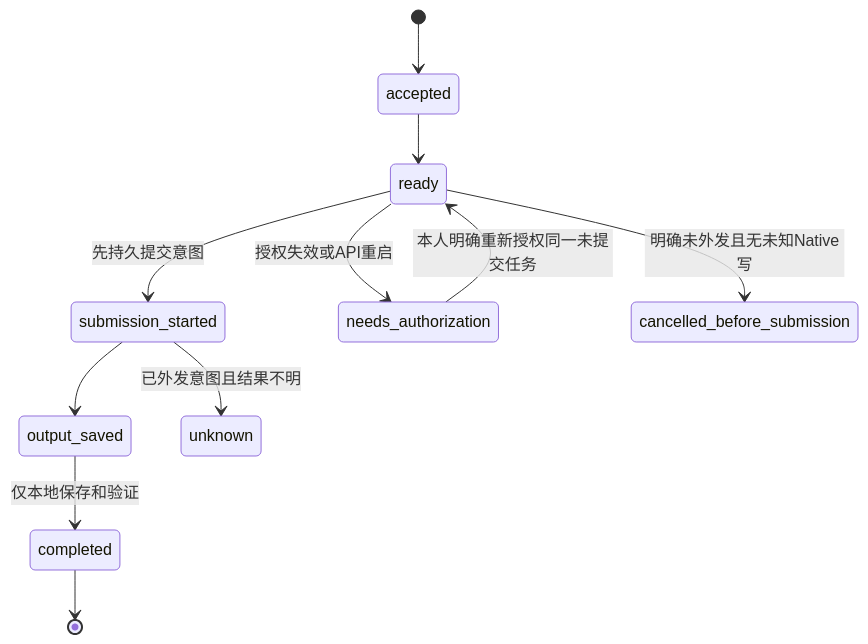
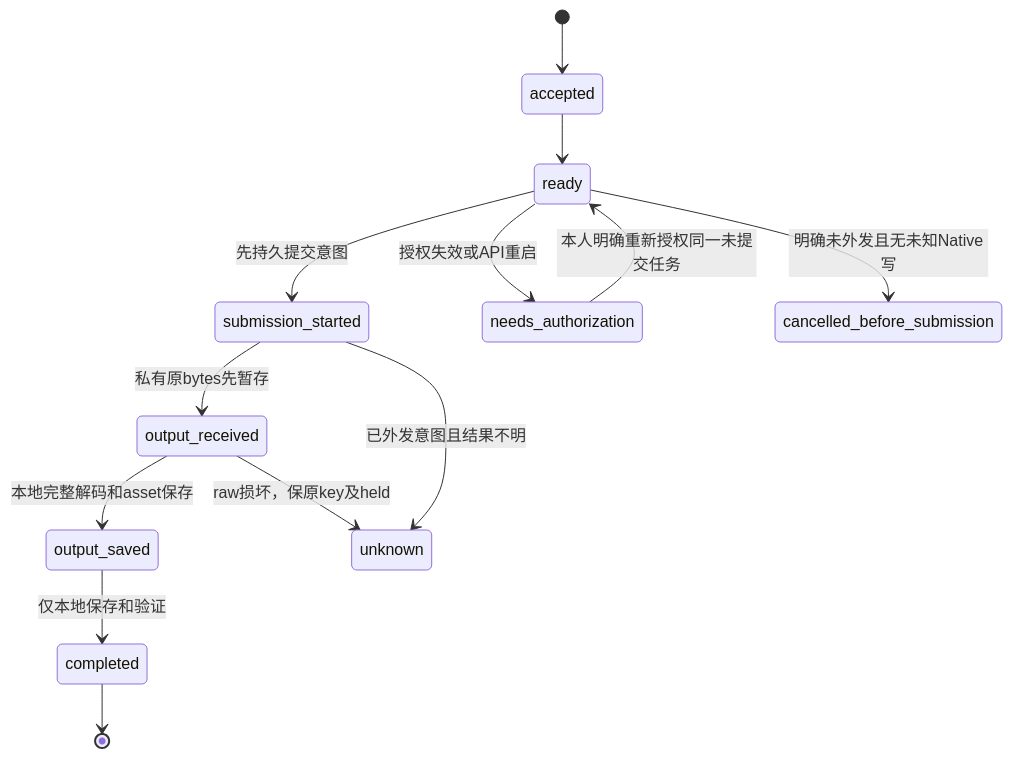
One commit to zhs1234/gouo-canvas changed the diagram in docs/v2/B3-JOBS.md. Above: the diagram before and after it, drawn with Mermaid. The commit also changed other lines of this file and 9 other files, not shown here.

````diff
--- a/docs/v2/B3-JOBS.md
+++ b/docs/v2/B3-JOBS.md
@@ -37,13 +39,15 @@
 ```mermaid
 stateDiagram-v2
     [*] --> accepted
     accepted --> ready
     ready --> submission_started: 先持久提交意图
     ready --> needs_authorization: 授权失效或API重启
     ready --> cancelled_before_submission: 明确未外发且无未知Native写
-    submission_started --> output_saved
+    submission_started --> output_received: 私有原bytes先暂存
+    output_received --> output_saved: 本地完整解码和asset保存
+    output_received --> unknown: raw损坏，保原key及held
     submission_started --> unknown: 已外发意图且结果不明
     output_saved --> completed: 仅本地保存和验证
     needs_authorization --> ready: 本人明确重新授权同一未提交任务
     completed --> [*]
 ```
````
